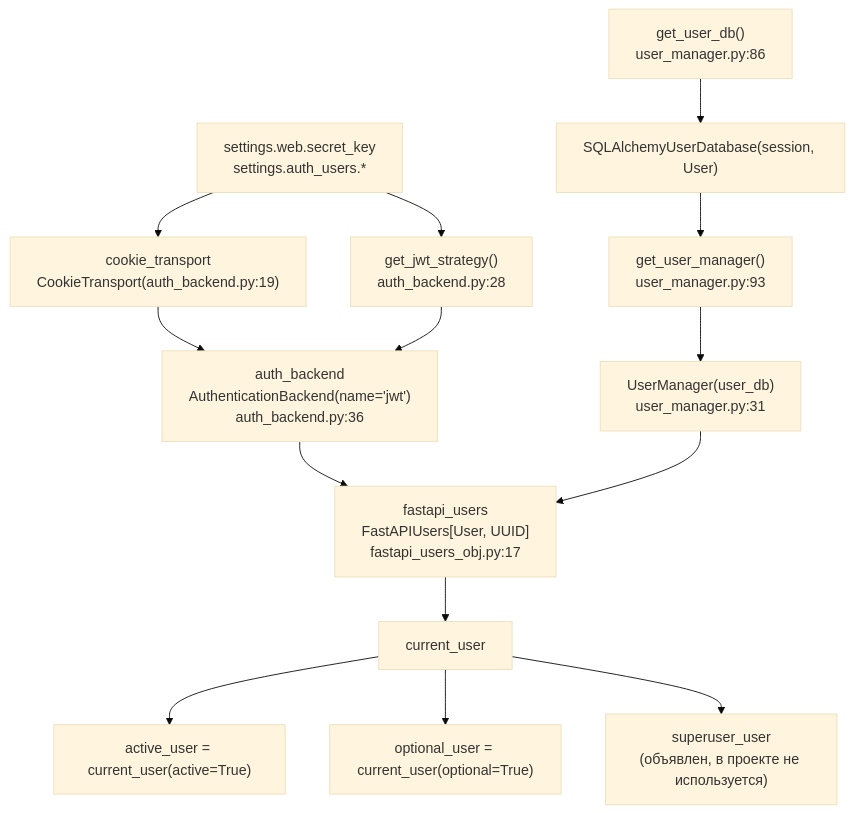
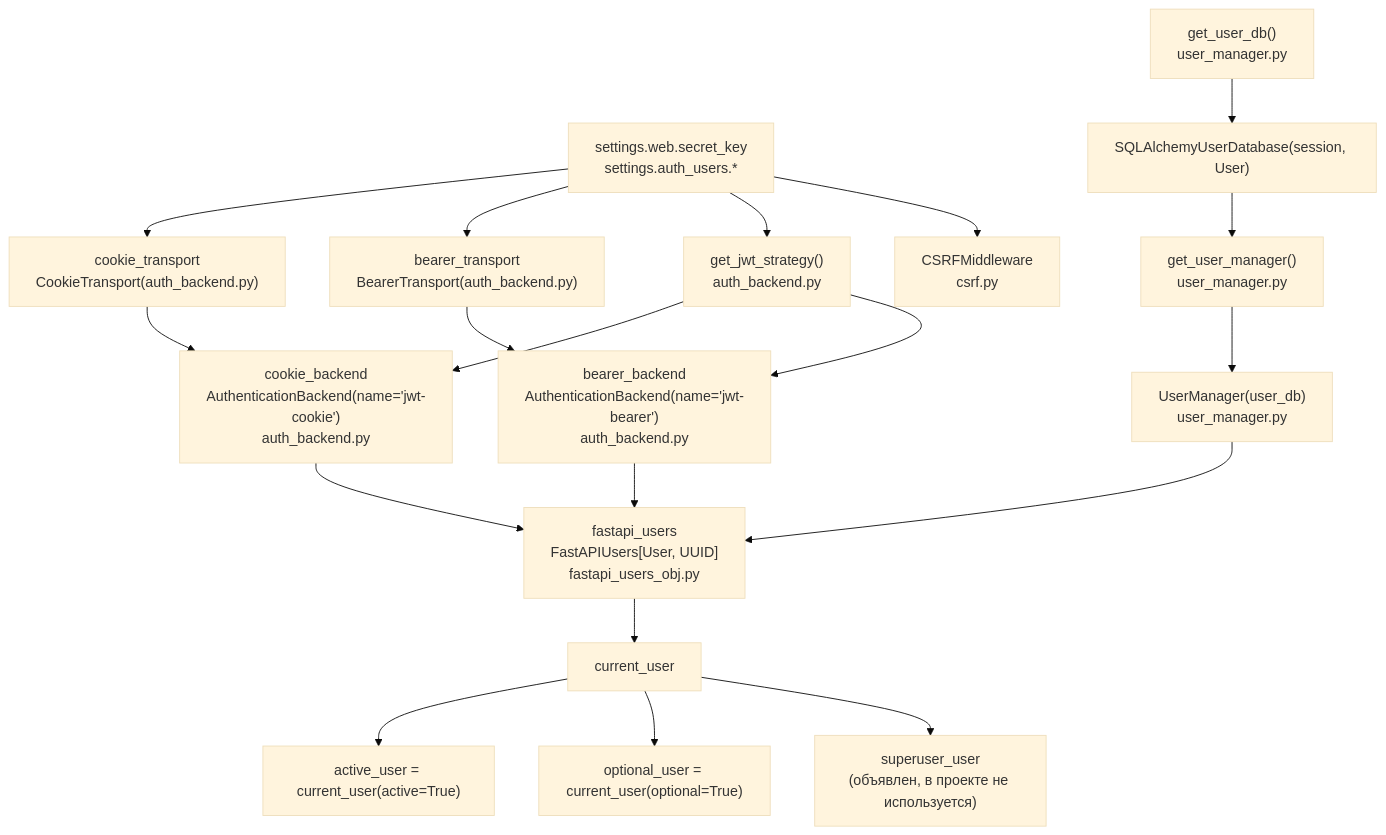
The second of 7 diagrams in docs/06_auth_visual.md (xaphan13/temp-auth-react-fast), drawn with Mermaid (base theme) before and after one commit. The commit also changed other lines of this file and 40 other files, not shown here.

````diff
--- a/docs/06_auth_visual.md
+++ b/docs/06_auth_visual.md
@@ -79,31 +83,39 @@
 ```mermaid
 graph TD
     SET["settings.web.secret_key<br/>settings.auth_users.*"]
-    CT["cookie_transport<br/>CookieTransport(auth_backend.py:19)"]
-    GJS["get_jwt_strategy()<br/>auth_backend.py:28"]
-    AB["auth_backend<br/>AuthenticationBackend(name='jwt')<br/>auth_backend.py:36"]
-    GUM["get_user_manager()<br/>user_manager.py:93"]
-    GUD["get_user_db()<br/>user_manager.py:86"]
+    CT["cookie_transport<br/>CookieTransport(auth_backend.py)"]
+    BT["bearer_transport<br/>BearerTransport(auth_backend.py)"]
+    GJS["get_jwt_strategy()<br/>auth_backend.py"]
+    CB["cookie_backend<br/>AuthenticationBackend(name='jwt-cookie')<br/>auth_backend.py"]
+    BB["bearer_backend<br/>AuthenticationBackend(name='jwt-bearer')<br/>auth_backend.py"]
+    GUM["get_user_manager()<br/>user_manager.py"]
+    GUD["get_user_db()<br/>user_manager.py"]
     UDB["SQLAlchemyUserDatabase(session, User)"]
-    UM["UserManager(user_db)<br/>user_manager.py:31"]
-    FU["fastapi_users<br/>FastAPIUsers[User, UUID]<br/>fastapi_users_obj.py:17"]
+    UM["UserManager(user_db)<br/>user_manager.py"]
+    FU["fastapi_users<br/>FastAPIUsers[User, UUID]<br/>fastapi_users_obj.py"]
+    CSRFM["CSRFMiddleware<br/>csrf.py"]
 
     CU["current_user"]
     AU["active_user = current_user(active=True)"]
     OU["optional_user = current_user(optional=True)"]
     SU["superuser_user<br/>(объявлен, в проекте не используется)"]
 
     SET --> CT
+    SET --> BT
     SET --> GJS
-    CT --> AB
-    GJS --> AB
+    SET --> CSRFM
+    CT --> CB
+    BT --> BB
+    GJS --> CB
+    GJS --> BB
     GUD --> UDB
     UDB --> GUM
     GUM --> UM
-    AB --> FU
+    CB --> FU
+    BB --> FU
     UM --> FU
     FU --> CU
     CU --> AU
     CU --> OU
     CU --> SU
 ```
````
